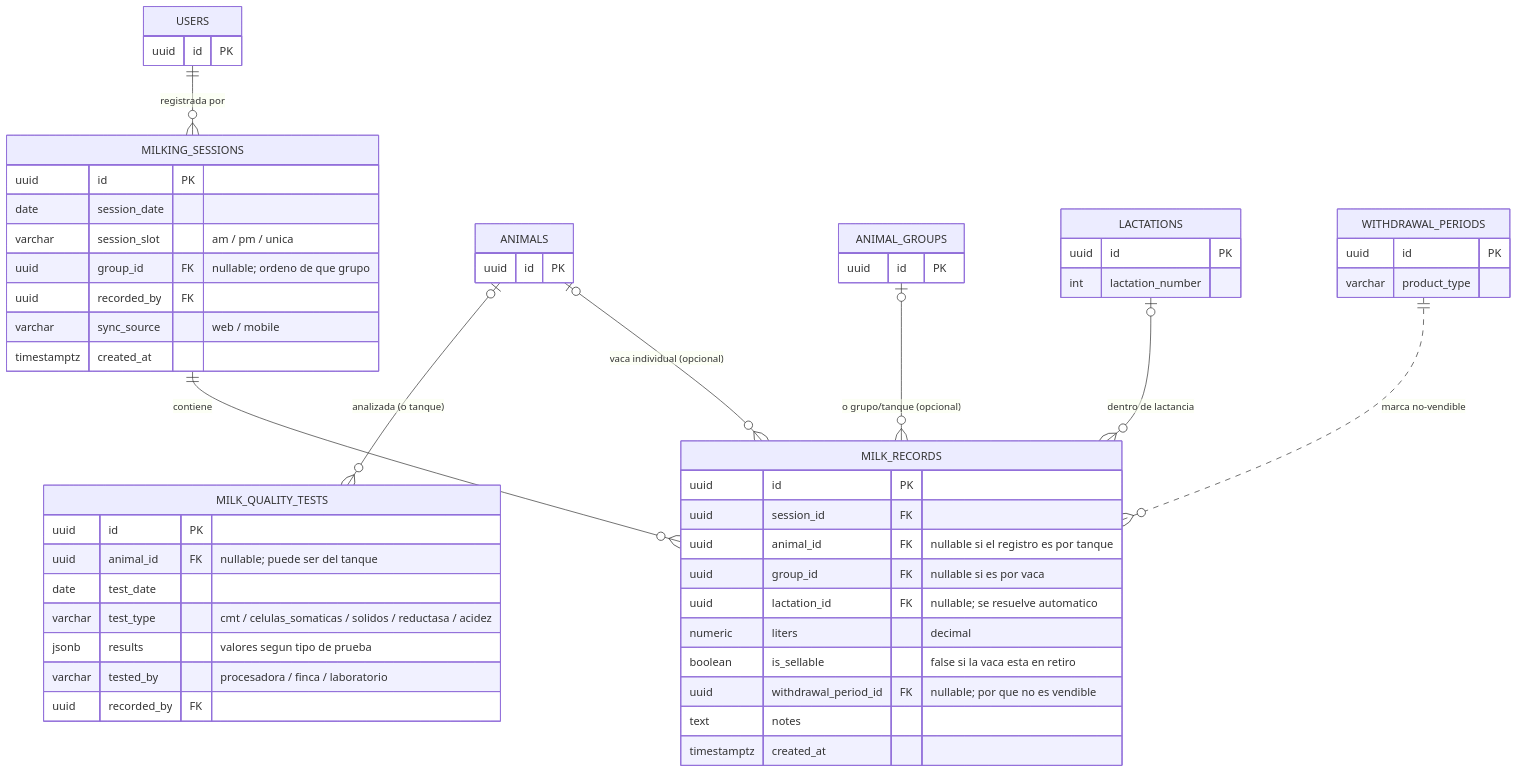
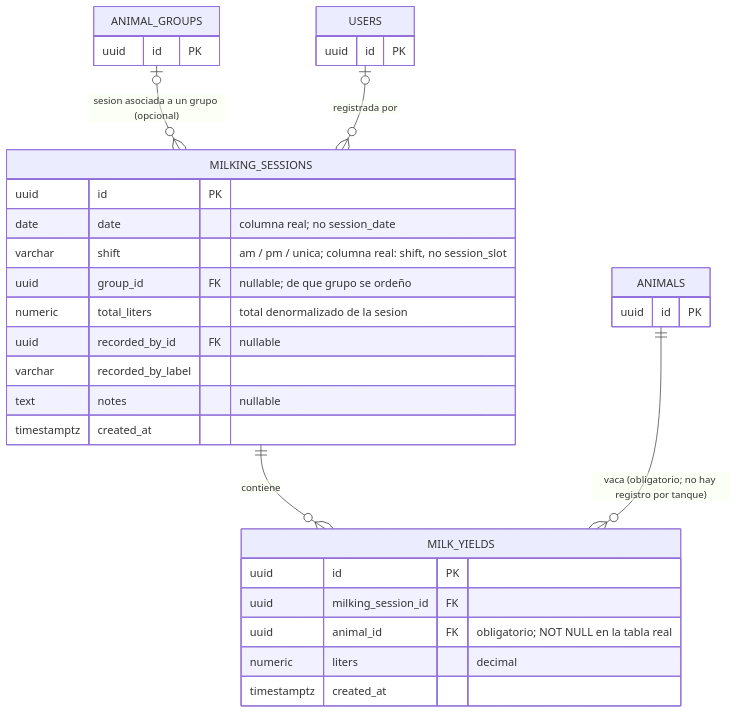
One commit to JosephBano/erp-hacienda changed the diagram in docs/diagramas/der-5-produccion-leche.mermaid. Above: the diagram before and after it, drawn with Mermaid. The commit also changed 604 other files, not shown here.

```diff
--- a/docs/diagramas/der-5-produccion-leche.mermaid
+++ b/docs/diagramas/der-5-produccion-leche.mermaid
@@ -1,64 +1,55 @@
+%% Verificado el 2026-08-16 contra Production 20260802163710_AddAuditRecordedBy
+%% Auditoría commit 10 (docs/reestructura-documentacion): el diseño original de Nucleo 5
+%% (DATA-MODEL.md, registro por vaca O por tanque, `lactation_id` auto-resuelto, vinculo con
+%% `withdrawal_periods`, `is_sellable`, `milk_quality_tests`) **no se construyo asi**. La tabla
+%% real es `milk_yields` (no `milk_records`): `animal_id` es obligatorio (NOT NULL) — no existe
+%% la opcion "por tanque sin animal" a nivel de fila — y no tiene `group_id`, `lactation_id`,
+%% `is_sellable` ni `withdrawal_period_id`. `milk_quality_tests` no existe en ninguna migracion.
+%% Ninguna de las dos brechas esta comprometida en un plan de fase (grep sin resultados en
+%% docs/spec/): se retiran en vez de marcarse FUTURO. Lo que si existe es `group_id` a nivel
+%% de MILKING_SESSIONS (la sesion completa puede anotarse "de que grupo se ordeño", pero cada
+%% fila de leche sigue siendo por animal) y `total_liters` denormalizado en la sesion.
 erDiagram
     %% ============================================
     %% NUCLEO 5: PRODUCCION DE LECHE (Fase 1)
-    %% Registro flexible: por vaca o por grupo/tanque
     %% ============================================
 
-    MILKING_SESSIONS ||--o{ MILK_RECORDS : "contiene"
-    ANIMALS |o--o{ MILK_RECORDS : "vaca individual (opcional)"
-    ANIMAL_GROUPS |o--o{ MILK_RECORDS : "o grupo/tanque (opcional)"
-    LACTATIONS |o--o{ MILK_RECORDS : "dentro de lactancia"
-    ANIMALS |o--o{ MILK_QUALITY_TESTS : "analizada (o tanque)"
-    USERS ||--o{ MILKING_SESSIONS : "registrada por"
-    WITHDRAWAL_PERIODS ||..o{ MILK_RECORDS : "marca no-vendible"
+    MILKING_SESSIONS ||--o{ MILK_YIELDS : "contiene"
+    ANIMALS ||--o{ MILK_YIELDS : "vaca (obligatorio; no hay registro por tanque)"
+    ANIMAL_GROUPS |o--o{ MILKING_SESSIONS : "sesion asociada a un grupo (opcional)"
+    USERS |o--o{ MILKING_SESSIONS : "registrada por"
 
     MILKING_SESSIONS {
         uuid id PK
-        date session_date
-        varchar session_slot "am / pm / unica"
-        uuid group_id FK "nullable; ordeno de que grupo"
-        uuid recorded_by FK
-        varchar sync_source "web / mobile"
+        date date "columna real; no session_date"
+        varchar shift "am / pm / unica; columna real: shift, no session_slot"
+        uuid group_id FK "nullable; de que grupo se ordeño"
+        numeric total_liters "total denormalizado de la sesion"
+        uuid recorded_by_id FK "nullable"
+        varchar recorded_by_label
+        text notes "nullable"
         timestamptz created_at
     }
 
-    MILK_RECORDS {
+    MILK_YIELDS {
         uuid id PK
-        uuid session_id FK
-        uuid animal_id FK "nullable si el registro es por tanque"
-        uuid group_id FK "nullable si es por vaca"
-        uuid lactation_id FK "nullable; se resuelve automatico"
+        uuid milking_session_id FK
+        uuid animal_id FK "obligatorio; NOT NULL en la tabla real"
         numeric liters "decimal"
-        boolean is_sellable "false si la vaca esta en retiro"
-        uuid withdrawal_period_id FK "nullable; por que no es vendible"
-        text notes
         timestamptz created_at
-    }
-
-    MILK_QUALITY_TESTS {
-        uuid id PK
-        uuid animal_id FK "nullable; puede ser del tanque"
-        date test_date
-        varchar test_type "cmt / celulas_somaticas / solidos / reductasa / acidez"
-        jsonb results "valores segun tipo de prueba"
-        varchar tested_by "procesadora / finca / laboratorio"
-        uuid recorded_by FK
     }
 
     ANIMALS {
         uuid id PK
     }
     ANIMAL_GROUPS {
         uuid id PK
     }
-    LACTATIONS {
-        uuid id PK
-        int lactation_number
-    }
-    WITHDRAWAL_PERIODS {
-        uuid id PK
-        varchar product_type
-    }
     USERS {
         uuid id PK
     }
+
+    %% NOTA: LACTATIONS (Nucleo 4) y WITHDRAWAL_PERIODS (Nucleo 2) existen como tablas propias
+    %% pero MILK_YIELDS no tiene FK hacia ninguna de las dos — la regla "leche en retiro no se
+    %% vende" y la curva de lactancia descritas en DATA-MODEL.md no estan conectadas en el
+    %% esquema real. MILK_QUALITY_TESTS no existe en absoluto.
```
